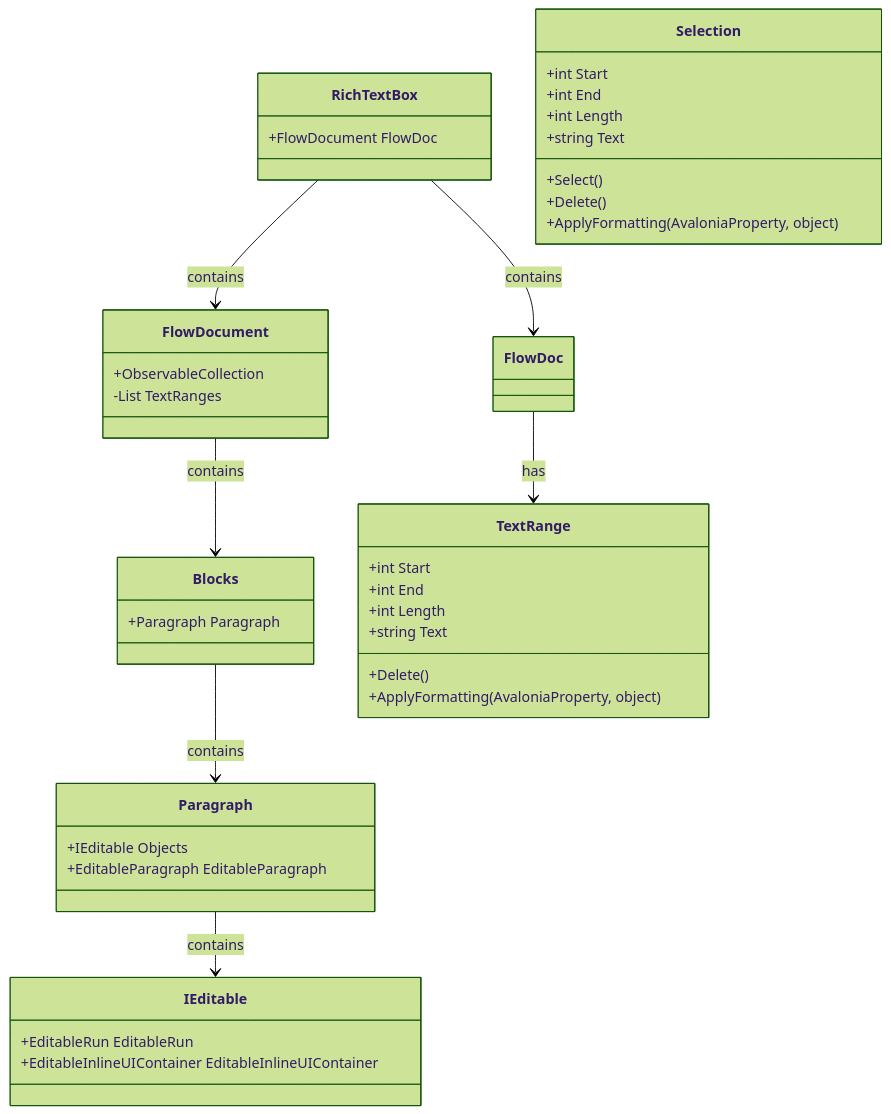
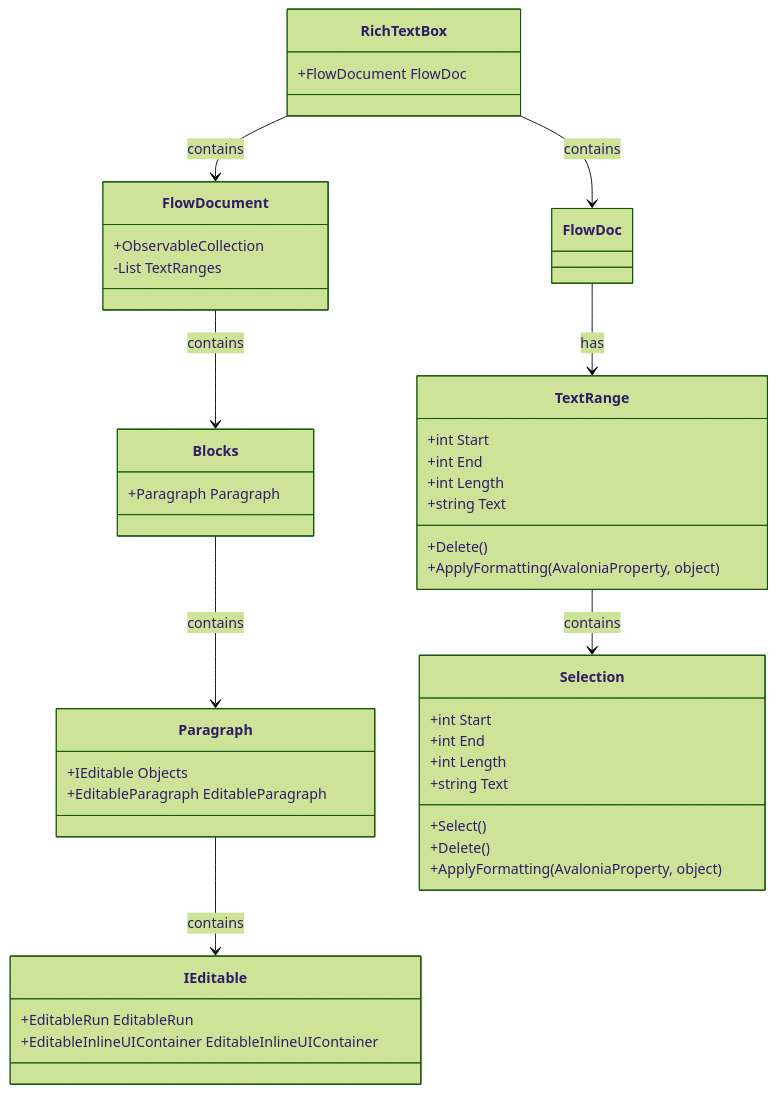
Before and after one commit to cuikp/AvRichTextBox: the diagram in README.md, drawn with Mermaid (forest theme).

Commit message:
Update project files

````diff
--- a/README.md
+++ b/README.md
@@ -13,46 +13,47 @@
 ```mermaid
 classDiagram
     class RichTextBox{
         +FlowDocument FlowDoc
     }
     class FlowDocument{
         +ObservableCollection<Blocks>
         -List<TextRange> TextRanges
     }
     class Blocks{
         +Paragraph Paragraph
     }
     class Paragraph{
         +IEditable Objects
         +EditableParagraph EditableParagraph
     }
     class IEditable{
         +EditableRun EditableRun
         +EditableInlineUIContainer EditableInlineUIContainer
     }
     class Selection{
         +int Start
         +int End
         +int Length
         +Select()
         +Delete()
         +string Text
         +ApplyFormatting(AvaloniaProperty, object)
     }
     class TextRange{
         +int Start
         +int End
         +int Length
         +Delete()
         +string Text
         +ApplyFormatting(AvaloniaProperty, object)
     }
 
     RichTextBox --> FlowDocument : contains
     FlowDocument --> Blocks : contains
     Blocks --> Paragraph : contains
     Paragraph --> IEditable : contains
     FlowDoc --> TextRange : has
+    TextRange --> Selection : contains
     RichTextBox --> FlowDoc : contains
 
 ```
````
